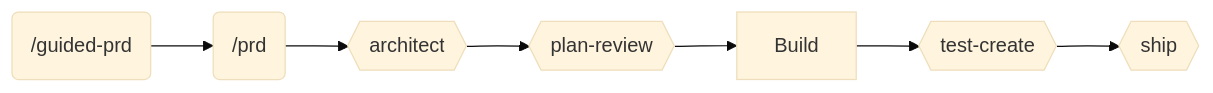
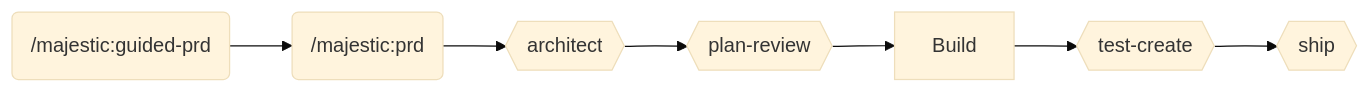
Before and after one commit to majesticlabs-dev/majestic-marketplace: the first of 2 diagrams in plugins/majestic-engineer/README.md, drawn with Mermaid (base theme). The commit also changed other lines of this file and 12 other files, not shown here.

````diff
--- a/plugins/majestic-engineer/README.md
+++ b/plugins/majestic-engineer/README.md
@@ -15,9 +15,9 @@
 ```mermaid
 graph LR
-    A0(/guided-prd) --> A(/prd)
+    A0(/majestic:guided-prd) --> A(/majestic:prd)
     A --> B{{architect}}
     B --> C{{plan-review}}
     C --> D[Build]
     D --> E{{test-create}}
     E --> F{{ship}}
 ```
````
